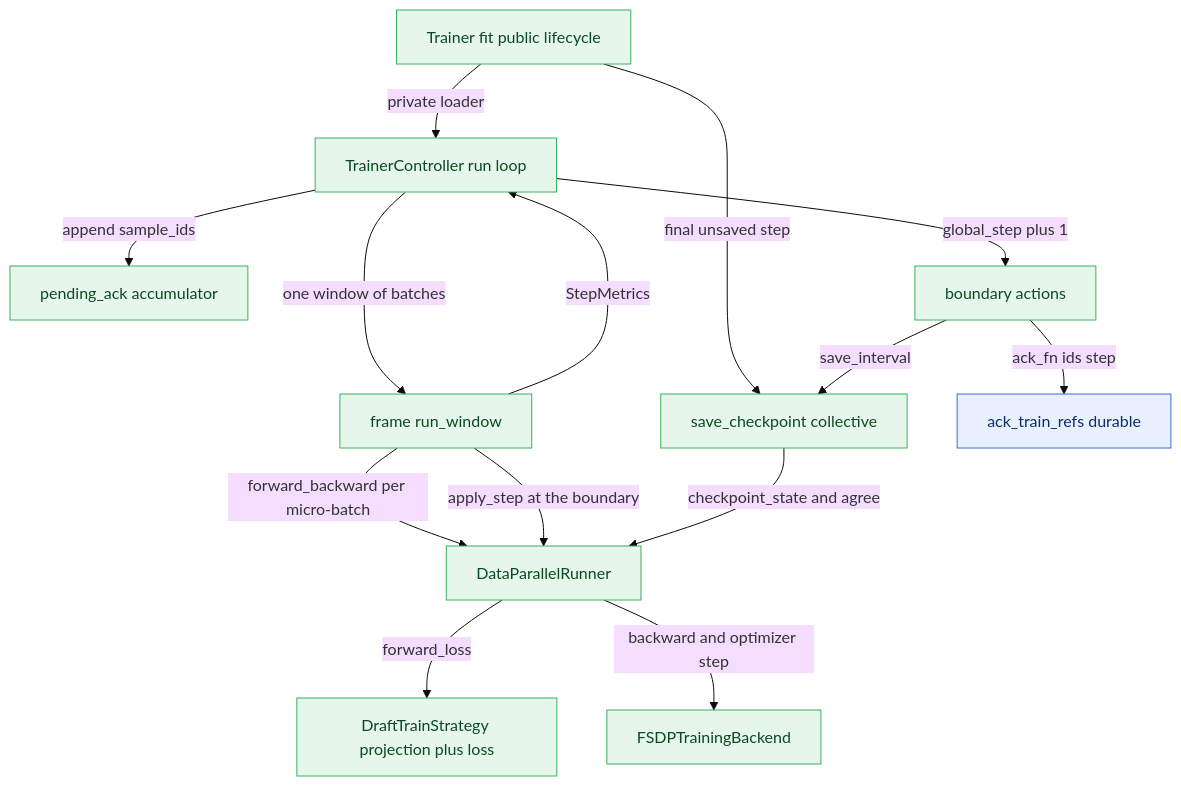
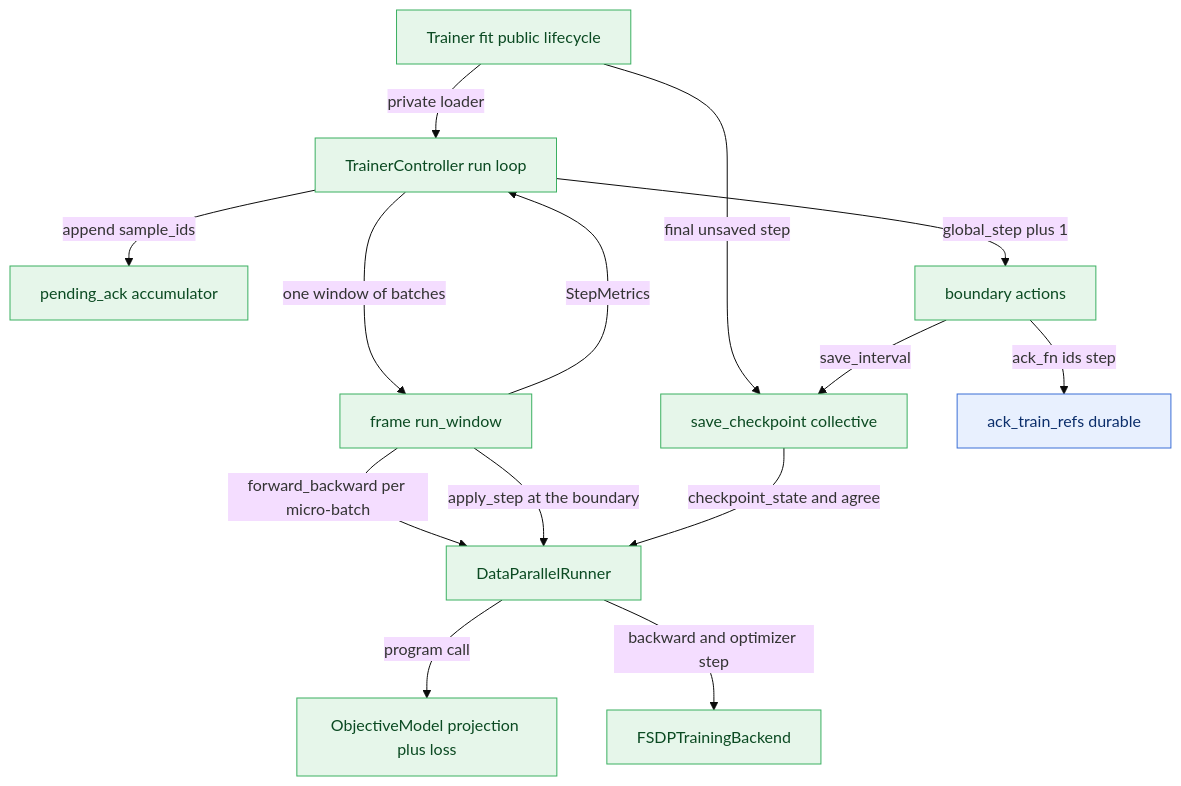
One commit to sgl-project/SpecForge changed the diagram in specforge/training/DESIGN.md. Above: the diagram before and after it, drawn with Mermaid (base theme). The commit also changed other lines of this file and 58 other files, not shown here.

````diff
--- a/specforge/training/DESIGN.md
+++ b/specforge/training/DESIGN.md
@@ -43,22 +48,22 @@
 ```mermaid
 flowchart TD
   classDef compute fill:#e6f6ea,stroke:#3bb061,color:#0b4a22;
   classDef control fill:#e8f0fe,stroke:#3b6fd6,color:#0b2e6b;
 
   PUB[Trainer fit public lifecycle] -->|private loader| FIT[TrainerController run loop]
   PUB -->|final unsaved step| CKPT[save_checkpoint collective]
   FIT -->|one window of batches| FR[frame run_window]
   FIT -->|append sample_ids| PA[pending_ack accumulator]
   FR -->|forward_backward per micro-batch| RN[DataParallelRunner]
   FR -->|apply_step at the boundary| RN
-  RN -->|forward_loss| ST[DraftTrainStrategy projection plus loss]
+  RN -->|program call| ST[ObjectiveModel projection plus loss]
   RN -->|backward and optimizer step| BK[FSDPTrainingBackend]
   FR -->|StepMetrics| FIT
   FIT -->|global_step plus 1| BND[boundary actions]
   BND -->|ack_fn ids step| ACK[ack_train_refs durable]
   BND -->|save_interval| CKPT
   CKPT -->|checkpoint_state and agree| RN
 
   class PUB,FIT,FR,RN,ST,BK,BND,PA,CKPT compute;
   class ACK control;
 ```
````
